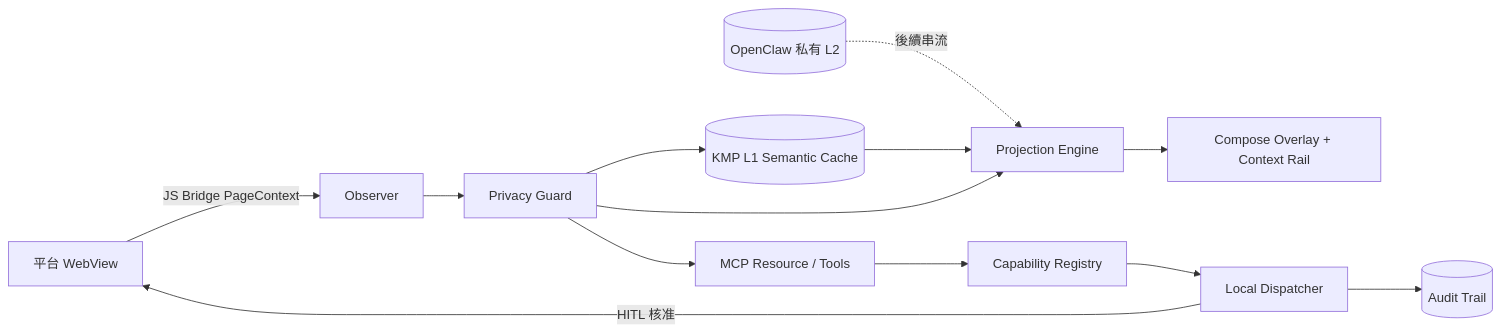
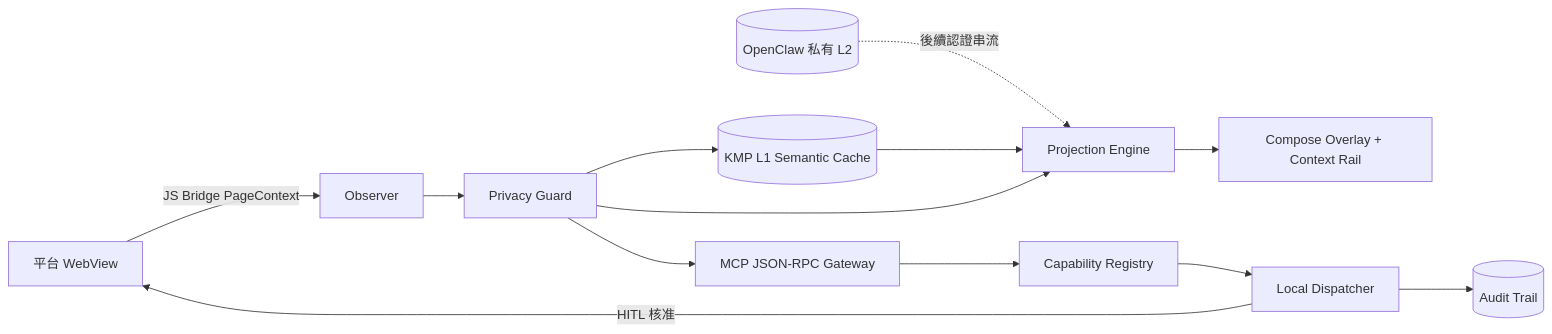
Before and after one commit to ed3c/kotlin-auto-webview: the diagram in README.zh-TW.md, drawn with Mermaid. The commit also changed other lines of this file and 5 other files, not shown here.

````diff
--- a/README.zh-TW.md
+++ b/README.zh-TW.md
@@ -26,15 +26,15 @@
 ```mermaid
 flowchart LR
     WV[平台 WebView] -->|JS Bridge PageContext| OBS[Observer]
     OBS --> PRIV[Privacy Guard]
     PRIV --> L1[(KMP L1 Semantic Cache)]
-    L2[(OpenClaw 私有 L2)] -. 後續串流 .-> PROJ[Projection Engine]
+    L2[(OpenClaw 私有 L2)] -. 後續認證串流 .-> PROJ[Projection Engine]
     L1 --> PROJ
     PRIV --> PROJ
     PROJ --> UI[Compose Overlay + Context Rail]
-    PRIV --> MCP[MCP Resource / Tools]
+    PRIV --> MCP[MCP JSON-RPC Gateway]
     MCP --> CAP[Capability Registry]
     CAP --> DISP[Local Dispatcher]
     DISP -->|HITL 核准| WV
     DISP --> AUDIT[(Audit Trail)]
 ```
````
